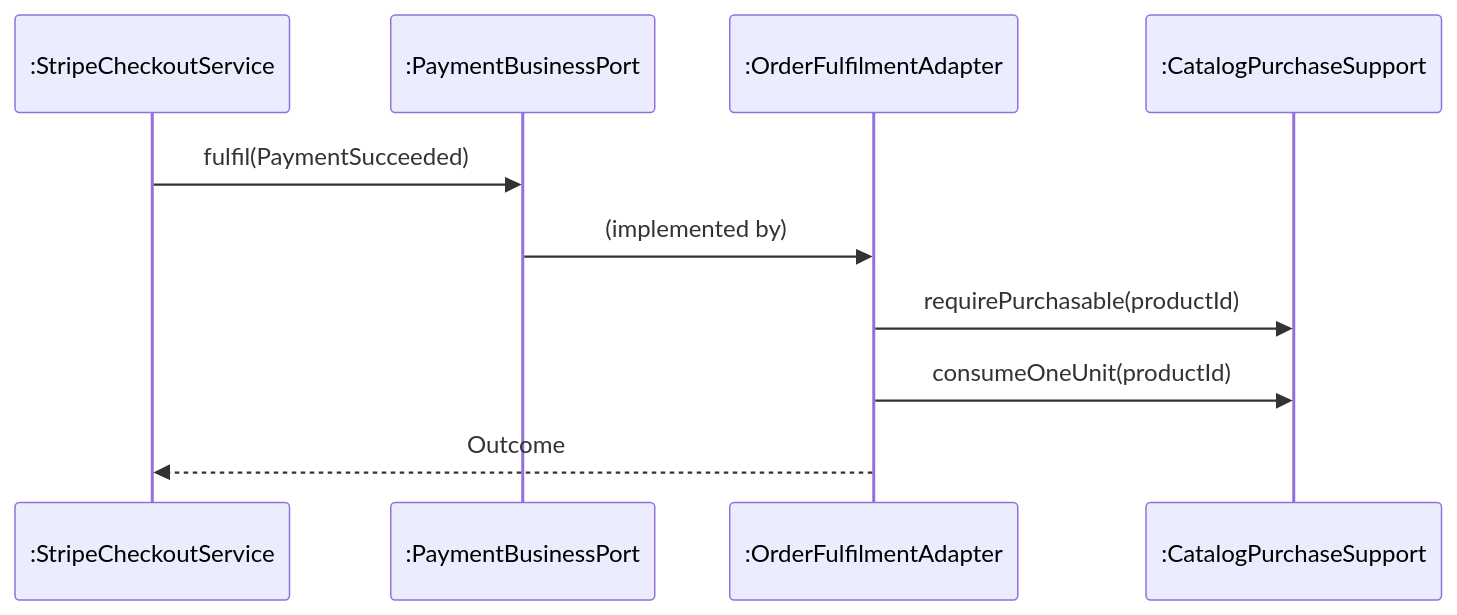
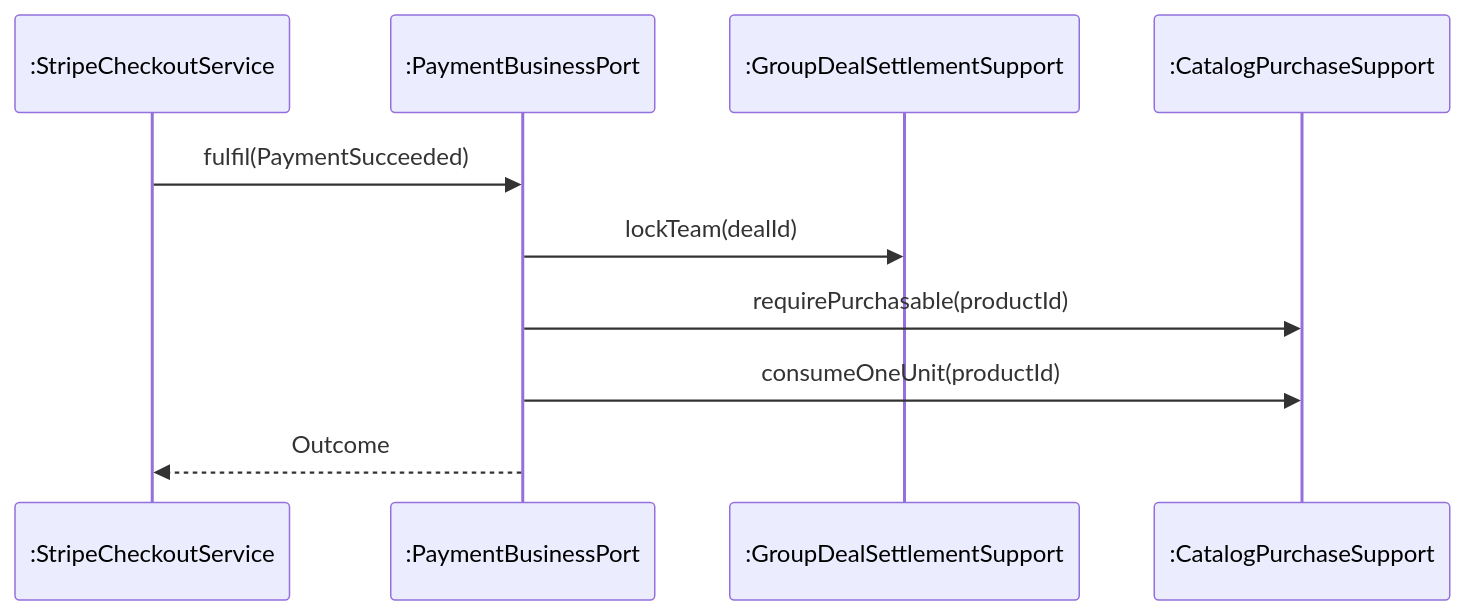
Diagram 14 of 14 in docs/swe5006/report-drafts/transition-strategies.md (PPsyrius/iss-groupbuy-team8), drawn with Mermaid before and after one commit. The commit also changed other lines of this file and 1 other file, not shown here.

````diff
--- a/docs/swe5006/report-drafts/transition-strategies.md
+++ b/docs/swe5006/report-drafts/transition-strategies.md
@@ -565,12 +530,12 @@
 ```mermaid
 sequenceDiagram
     participant Pay as :StripeCheckoutService
     participant Port as :PaymentBusinessPort
-    participant Ord as :OrderFulfilmentAdapter
+    participant Set as :GroupDealSettlementSupport
     participant Cat as :CatalogPurchaseSupport
     Pay->>Port: fulfil(PaymentSucceeded)
-    Port->>Ord: (implemented by)
-    Ord->>Cat: requirePurchasable(productId)
-    Ord->>Cat: consumeOneUnit(productId)
-    Ord-->>Pay: Outcome
+    Port->>Set: lockTeam(dealId)
+    Port->>Cat: requirePurchasable(productId)
+    Port->>Cat: consumeOneUnit(productId)
+    Port-->>Pay: Outcome
 ```
````
